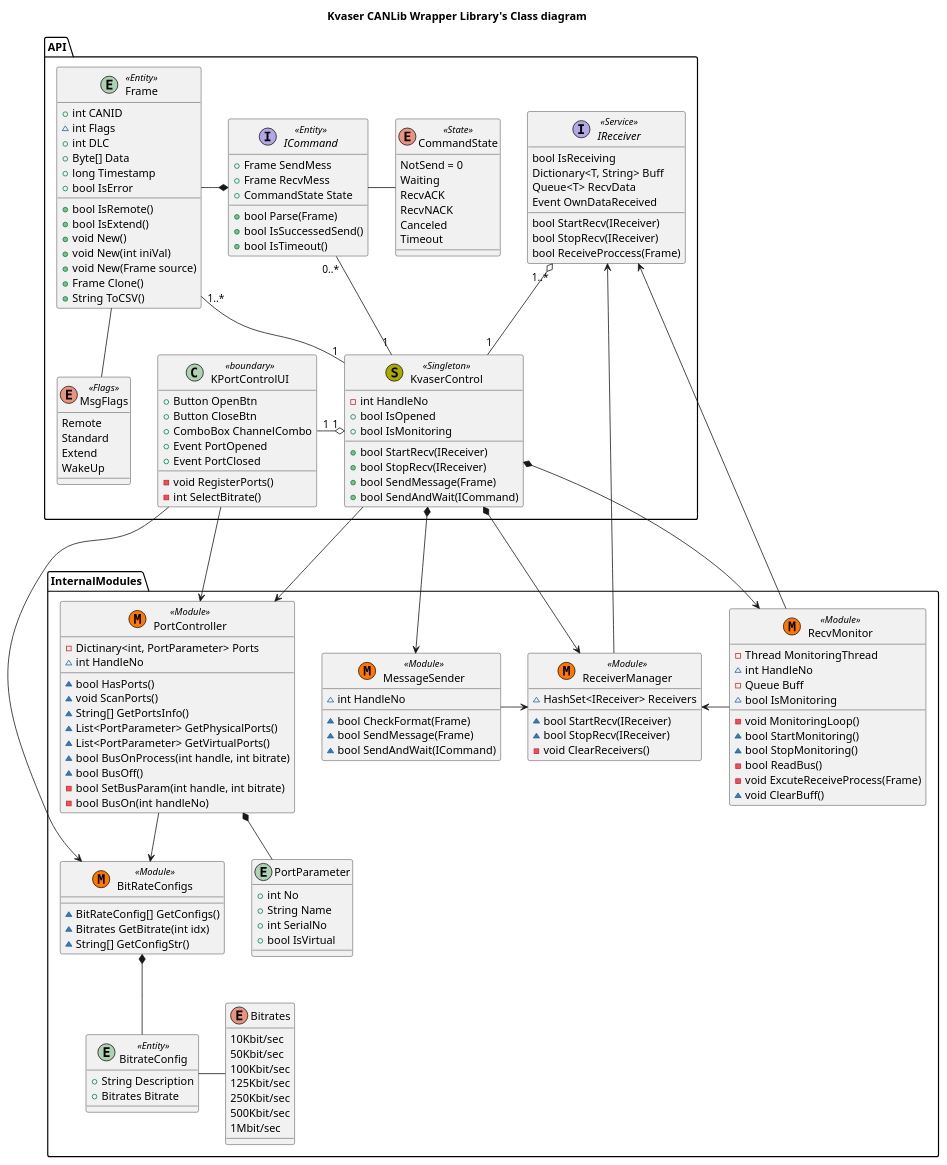
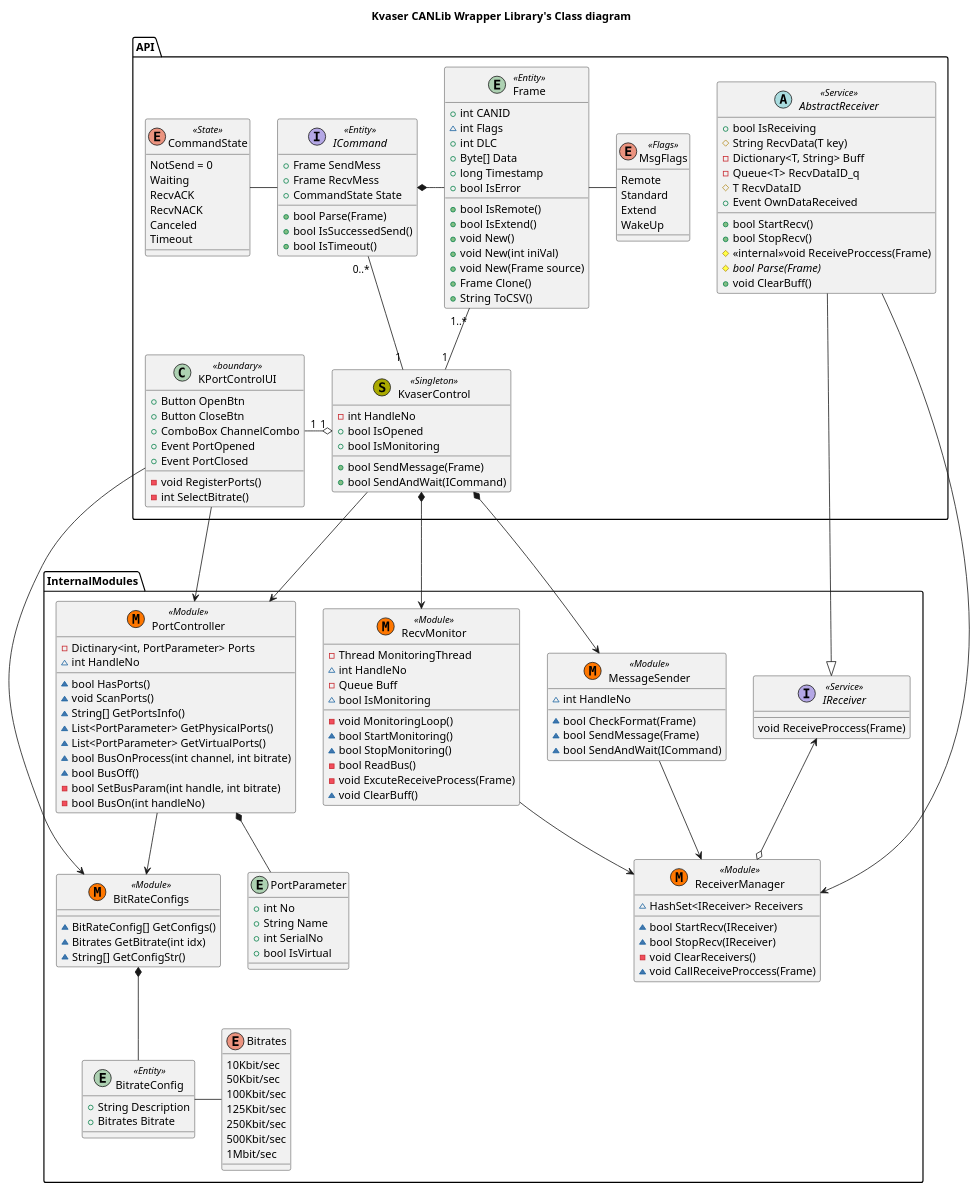
One commit to hiratashinnya/KvaserCANLib changed the diagram in docs/Class.wsd. Above: the diagram before and after it, drawn with PlantUML. The commit also changed 11 other files, not shown here.

```diff
--- a/docs/Class.wsd
+++ b/docs/Class.wsd
@@ -1,185 +1,191 @@
 @startuml
 
 title "Kvaser CANLib Wrapper Library's Class diagram"
 
 package API{
 
     class KPortControlUI<<boundary>>{
         +Button OpenBtn
         +Button CloseBtn
         +ComboBox ChannelCombo
         -void RegisterPorts()
         -int SelectBitrate()
         +Event PortOpened
         +Event PortClosed
     }
 
     class KvaserControl<< (S, #AAAA00) Singleton>>{
         -int HandleNo
         +bool IsOpened
         +bool IsMonitoring
         
-        +bool StartRecv(IReceiver)
-        +bool StopRecv(IReceiver)
         +bool SendMessage(Frame)
         +bool SendAndWait(ICommand)
     }
 
     entity Frame<<Entity>>{
         +int CANID
         ~int Flags
         +int DLC
         +Byte[] Data
         +long Timestamp
         +bool IsError
         +bool IsRemote()
         +bool IsExtend()
         +void New()
         +void New(int iniVal)
         +void New(Frame source)
         +Frame Clone()
         +String ToCSV()
     }
 
     enum MsgFlags<<Flags>>{
         Remote
         Standard
         Extend
         WakeUp
     }
 
-    Interface IReceiver<<Service>>{
-        bool IsReceiving
-        Dictionary<T, String> Buff
-        Queue<T> RecvData
-        Event OwnDataReceived
-        bool StartRecv(IReceiver)
-        bool StopRecv(IReceiver)
-        bool ReceiveProccess(Frame)
+    abstract AbstractReceiver<<Service>>{
+        +bool IsReceiving
+        #{field}String RecvData(T key)
+        -Dictionary<T, String> Buff
+        -Queue<T> RecvDataID_q
+        #T RecvDataID
+        +Event OwnDataReceived
+        +bool StartRecv()
+        +bool StopRecv()
+        #<<internal>>void ReceiveProccess(Frame)
+        #{abstract}bool Parse(Frame)
+        +void ClearBuff()
     }
+
 
     Interface ICommand<<Entity>>{
         +Frame SendMess
         +Frame RecvMess
         +CommandState State
         +bool Parse(Frame)
         +bool IsSuccessedSend()
         +bool IsTimeout()
     }
 
     Enum CommandState<<State>>{
         NotSend = 0
         Waiting
         RecvACK
         RecvNACK
         Canceled
         Timeout
     }
 
     KPortControlUI "1" -l-o "1" KvaserControl
 
     KvaserControl "1" -u- "0..*" ICommand
     KvaserControl "1" -l "1..*" Frame
-    KvaserControl "1" -u-o "1..*" IReceiver
 
-    ICommand - CommandState
+    CommandState - ICommand
     Frame -* ICommand 
-    MsgFlags -u- Frame
-    MsgFlags -[hidden] KPortControlUI
+    Frame - MsgFlags 
 }
 
 package InternalModules{
     class BitRateConfigs<< (M, #FF7700) Module>>{
         ~BitRateConfig[] GetConfigs()
         ~Bitrates GetBitrate(int idx)
         ~String[] GetConfigStr()
     }
 
     entity BitrateConfig<<Entity>>{
         +String Description
         +Bitrates Bitrate
     }
 
     enum Bitrates{
         10Kbit/sec
         50Kbit/sec
         100Kbit/sec
         125Kbit/sec
         250Kbit/sec
         500Kbit/sec
         1Mbit/sec
     }
 
     class PortController<< (M, #FF7700) Module>>{
         -{field} Dictinary<int, PortParameter> Ports
         ~int HandleNo
         ~bool HasPorts()
         ~void ScanPorts()
         ~String[] GetPortsInfo()
         ~List<PortParameter> GetPhysicalPorts()
         ~List<PortParameter> GetVirtualPorts()
-        ~bool BusOnProcess(int handle, int bitrate)
+        ~bool BusOnProcess(int channel, int bitrate)
         ~bool BusOff()
         -bool SetBusParam(int handle, int bitrate)
         -bool BusOn(int handleNo)
     }
 
     entity PortParameter{
         +int No
         +String Name
         +int SerialNo
         +bool IsVirtual
     }
 
     class RecvMonitor<< (M, #FF7700) Module>>{
         -Thread MonitoringThread
         ~int HandleNo
         -Queue Buff
         ~bool IsMonitoring
         -void MonitoringLoop()
         ~bool StartMonitoring()
         ~bool StopMonitoring()
         -bool ReadBus()
         -void ExcuteReceiveProcess(Frame)
         ~void ClearBuff()
     }
 
     class ReceiverManager<< (M, #FF7700) Module>>{
         ~HashSet<IReceiver> Receivers
         ~bool StartRecv(IReceiver)
         ~bool StopRecv(IReceiver)
         -void ClearReceivers()
+        ~void CallReceiveProccess(Frame)
+    }
+
+        Interface IReceiver<<Service>>{
+        void ReceiveProccess(Frame)
     }
 
     class MessageSender<< (M, #FF7700) Module>>{
         ~int HandleNo
         ~bool CheckFormat(Frame)
         ~bool SendMessage(Frame)
         ~bool SendAndWait(ICommand)
     }
 
-    RecvMonitor -l> ReceiverManager
-    MessageSender -> ReceiverManager
+    RecvMonitor --> ReceiverManager
+    MessageSender --> ReceiverManager
     
     PortController *-- PortParameter
     PortController --> BitRateConfigs
 
     BitRateConfigs *-- BitrateConfig
     BitrateConfig - Bitrates
+
 }
 
 
 KPortControlUI ---> PortController
 KPortControlUI ----> BitRateConfigs
 
 KvaserControl ---> PortController
 KvaserControl *---> RecvMonitor
-KvaserControl *---> ReceiverManager
 KvaserControl *---> MessageSender
 
-IReceiver <-- ReceiverManager
-IReceiver <-- RecvMonitor
+AbstractReceiver --|> IReceiver
+IReceiver <--o ReceiverManager
 
-
+AbstractReceiver ---> ReceiverManager
 
 @enduml
```
